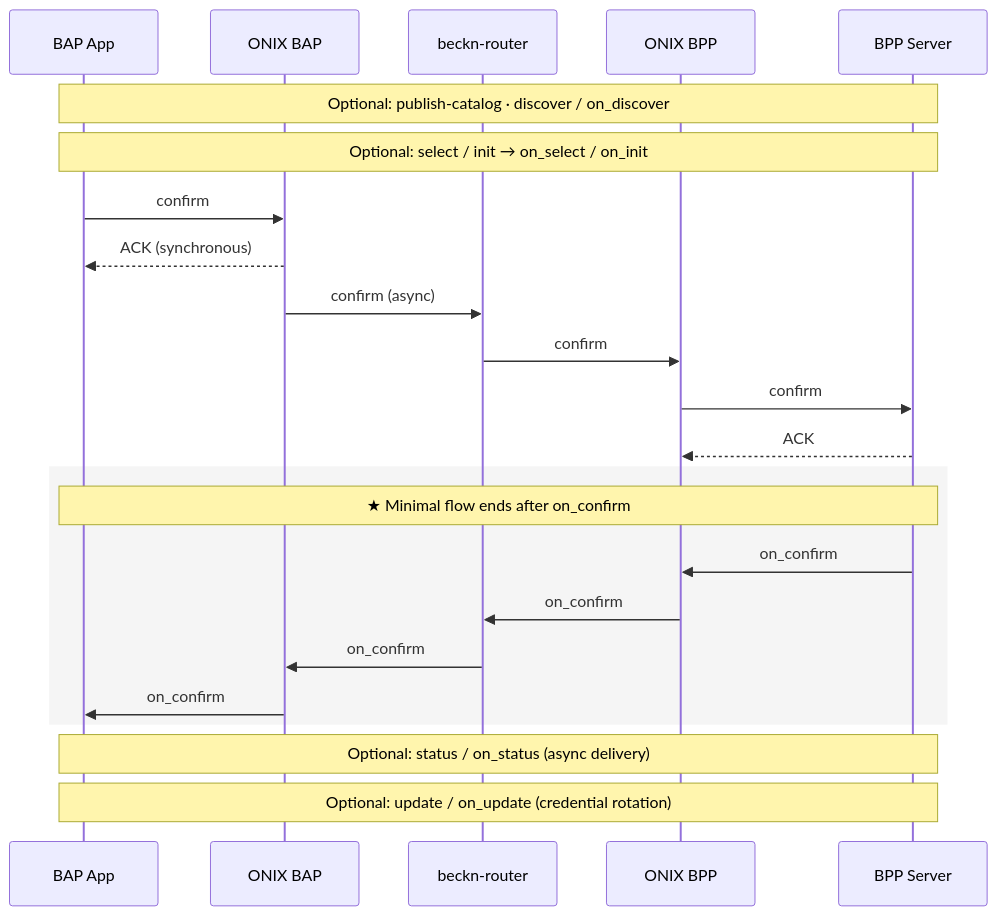
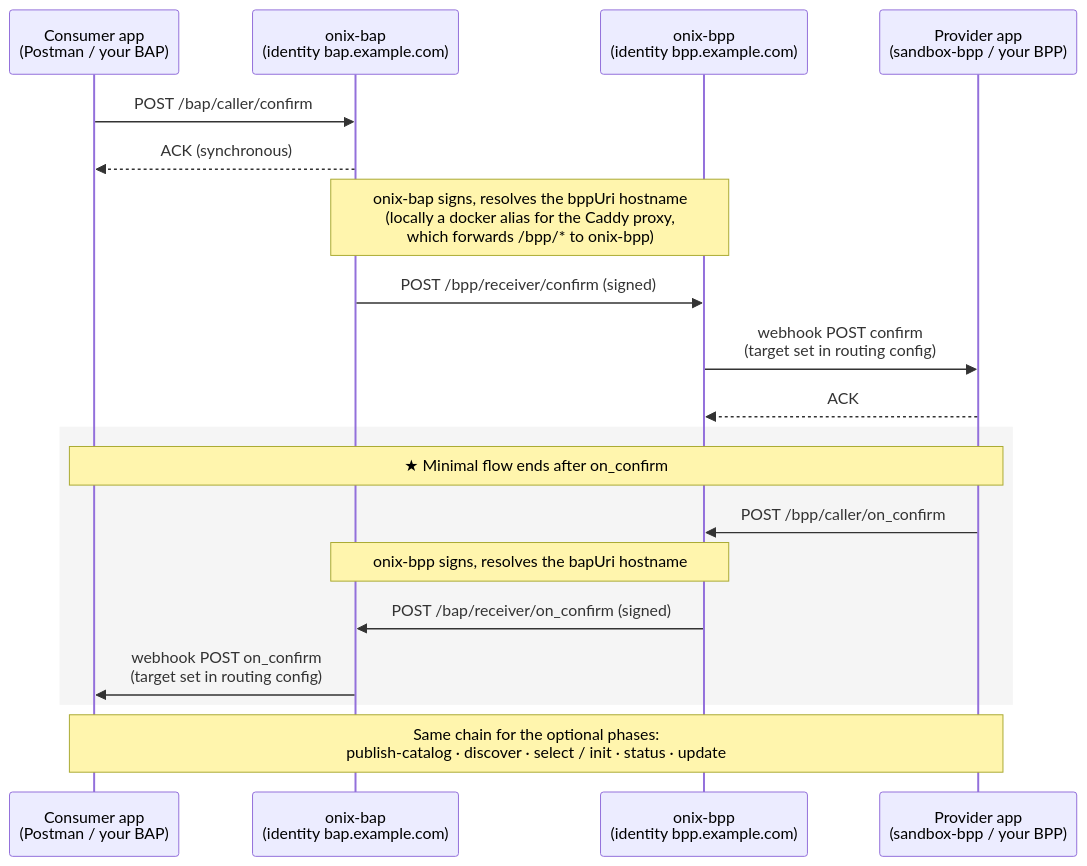
One commit to India-Energy-Stack/ies-accelerator changed the diagram in data-exchange/appendix.md. Above: the diagram before and after it, drawn with Mermaid. The commit also changed other lines of this file and 3 other files, not shown here.

First line of the commit message:
docs(data-exchange): correct devkit architecture — router is a proxy, apps wire in via webhooks

````diff
--- a/data-exchange/appendix.md
+++ b/data-exchange/appendix.md
@@ -71,29 +98,24 @@
 ```mermaid
 sequenceDiagram
-    participant BAP as BAP App
-    participant OBAP as ONIX BAP
-    participant R as beckn-router
-    participant OBPP as ONIX BPP
-    participant BPP as BPP Server
+    participant CON as Consumer app<br/>(Postman / your BAP)
+    participant OBAP as onix-bap<br/>(identity bap.example.com)
+    participant OBPP as onix-bpp<br/>(identity bpp.example.com)
+    participant PRO as Provider app<br/>(sandbox-bpp / your BPP)
 
-    Note over BAP,BPP: Optional: publish-catalog · discover / on_discover
-    Note over BAP,BPP: Optional: select / init → on_select / on_init
-
-    BAP->>OBAP: confirm
-    OBAP-->>BAP: ACK (synchronous)
-    OBAP->>R: confirm (async)
-    R->>OBPP: confirm
-    OBPP->>BPP: confirm
-    BPP-->>OBPP: ACK
+    CON->>OBAP: POST /bap/caller/confirm
+    OBAP-->>CON: ACK (synchronous)
+    Note over OBAP,OBPP: onix-bap signs, resolves the bppUri hostname<br/>(locally a docker alias for the Caddy proxy,<br/>which forwards /bpp/* to onix-bpp)
+    OBAP->>OBPP: POST /bpp/receiver/confirm (signed)
+    OBPP->>PRO: webhook POST confirm<br/>(target set in routing config)
+    PRO-->>OBPP: ACK
 
     rect rgb(245, 245, 245)
-        Note over BAP,BPP: ★ Minimal flow ends after on_confirm
-        BPP->>OBPP: on_confirm
-        OBPP->>R: on_confirm
-        R->>OBAP: on_confirm
-        OBAP->>BAP: on_confirm
+        Note over CON,PRO: ★ Minimal flow ends after on_confirm
+        PRO->>OBPP: POST /bpp/caller/on_confirm
+        Note over OBPP,OBAP: onix-bpp signs, resolves the bapUri hostname
+        OBPP->>OBAP: POST /bap/receiver/on_confirm (signed)
+        OBAP->>CON: webhook POST on_confirm<br/>(target set in routing config)
     end
 
-    Note over BAP,BPP: Optional: status / on_status (async delivery)
-    Note over BAP,BPP: Optional: update / on_update (credential rotation)
+    Note over CON,PRO: Same chain for the optional phases:<br/>publish-catalog · discover · select / init · status · update
 ```
````
